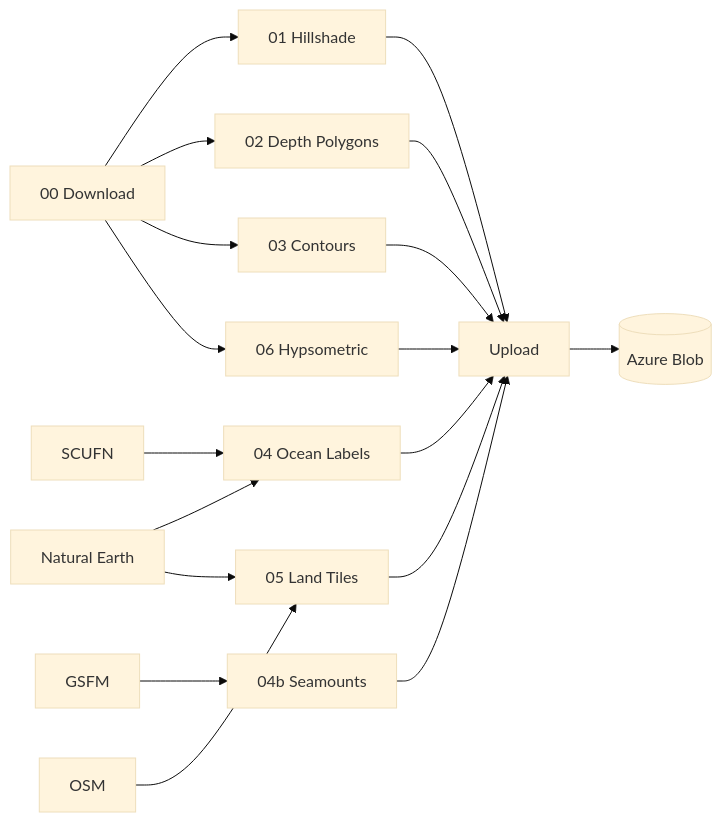
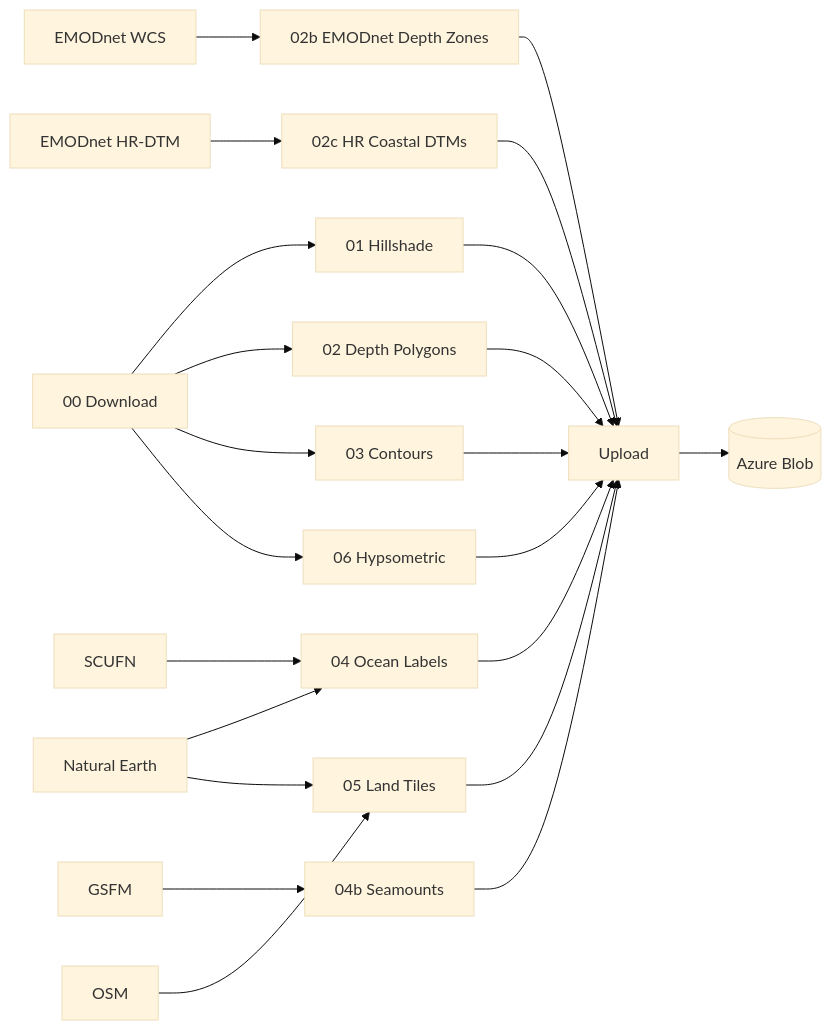
One commit to OceanStreamIO/ocean-basemap changed the diagram in docs/pipeline/index.md. Above: the diagram before and after it, drawn with Mermaid (base theme). The commit also changed other lines of this file and 18 other files, not shown here.

First line of the commit message:
feat: add opt-in EMODnet regional and high-resolution coastal depth zones

````diff
--- a/docs/pipeline/index.md
+++ b/docs/pipeline/index.md
@@ -40,14 +49,16 @@
 ```mermaid
 flowchart LR
     DL[00 Download] --> HS[01 Hillshade]
     DL --> DP[02 Depth Polygons]
     DL --> CT[03 Contours]
     DL --> HYP[06 Hypsometric]
+    EMOD[EMODnet WCS] --> DPE[02b EMODnet Depth Zones]
+    HRIX[EMODnet HR-DTM] --> DPH[02c HR Coastal DTMs]
     NE[Natural Earth] --> OL[04 Ocean Labels]
     NE --> LT[05 Land Tiles]
     SCUFN --> OL
     GSFM --> SM[04b Seamounts]
     OSM --> LT
-    HS & DP & CT & OL & SM & LT & HYP --> UP[Upload]
+    HS & DP & DPE & DPH & CT & OL & SM & LT & HYP --> UP[Upload]
     UP --> Azure[(Azure Blob)]
 ```
````
